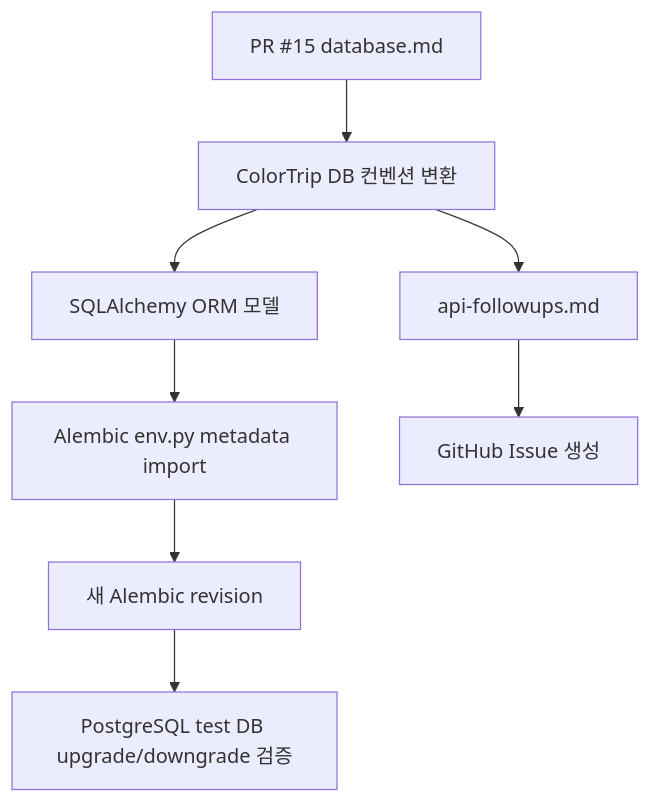
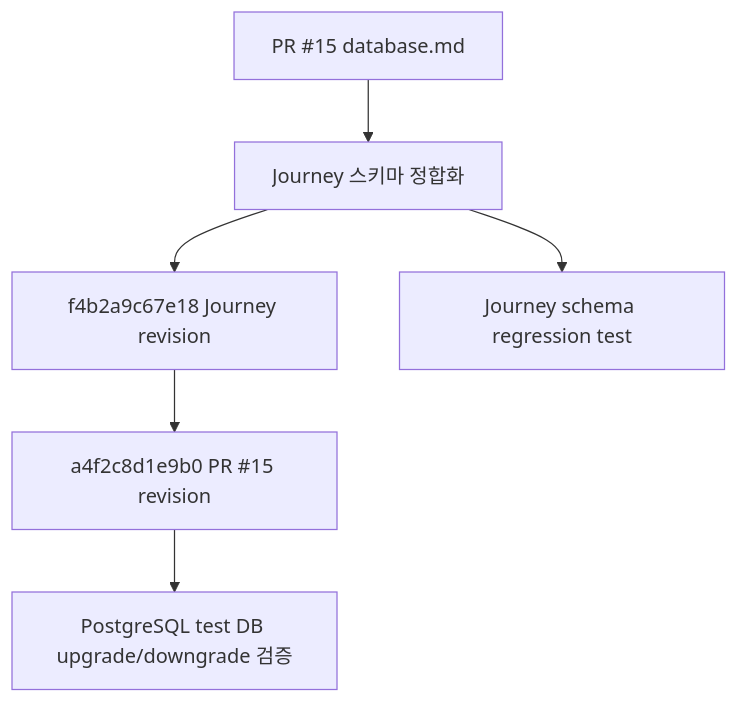
Before and after one commit to Rainbow-Developer/ColorTrip: the diagram in docs/specs/015-database-migration/plan.md, drawn with Mermaid. The commit also changed other lines of this file and 5 other files, not shown here.

Commit message:
docs(database): Journey 스키마 정합화

````diff
--- a/docs/specs/015-database-migration/plan.md
+++ b/docs/specs/015-database-migration/plan.md
@@ -56,10 +56,8 @@
 ```mermaid
 flowchart TD
-    A["PR #15 database.md"] --> B["ColorTrip DB 컨벤션 변환"]
-    B --> C["SQLAlchemy ORM 모델"]
-    C --> D["Alembic env.py metadata import"]
-    D --> E["새 Alembic revision"]
-    E --> F["PostgreSQL test DB upgrade/downgrade 검증"]
-    B --> G["api-followups.md"]
-    G --> H["GitHub Issue 생성"]
+    A["PR #15 database.md"] --> B["Journey 스키마 정합화"]
+    B --> C["f4b2a9c67e18 Journey revision"]
+    C --> D["a4f2c8d1e9b0 PR #15 revision"]
+    D --> E["PostgreSQL test DB upgrade/downgrade 검증"]
+    B --> F["Journey schema regression test"]
 ```
````
